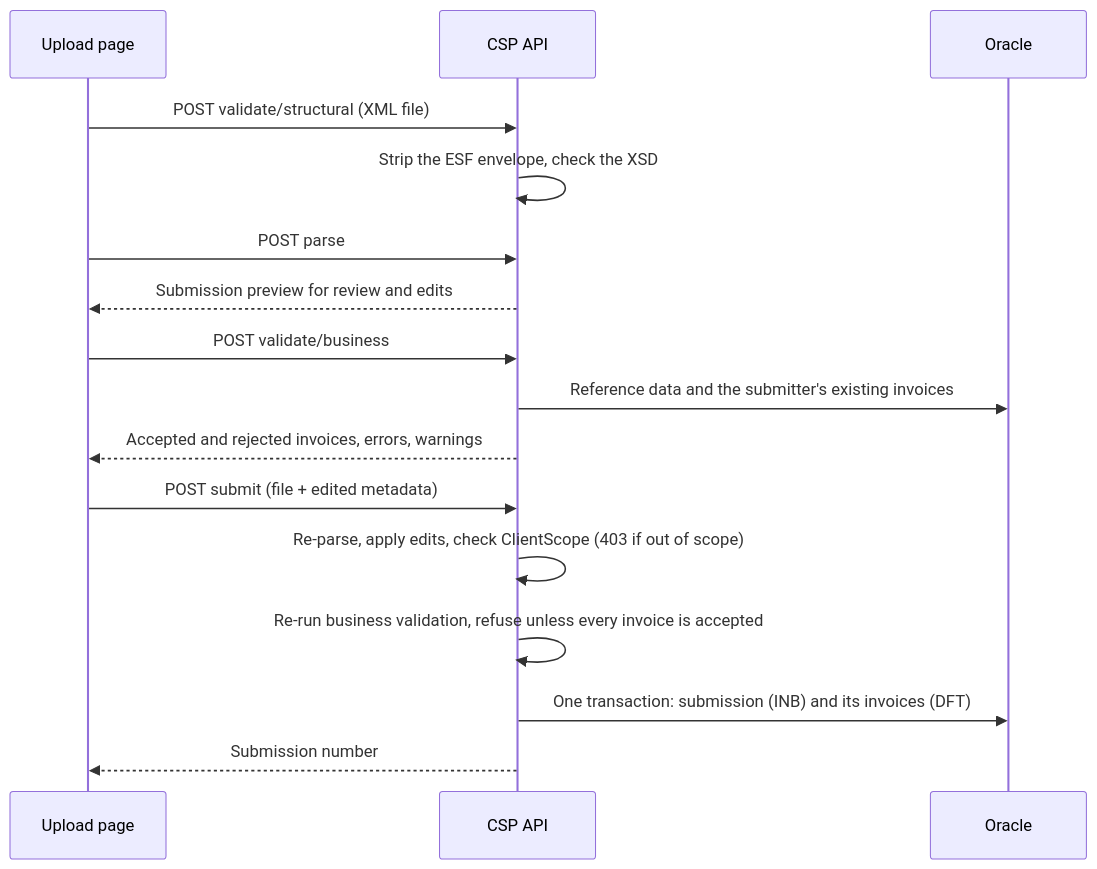
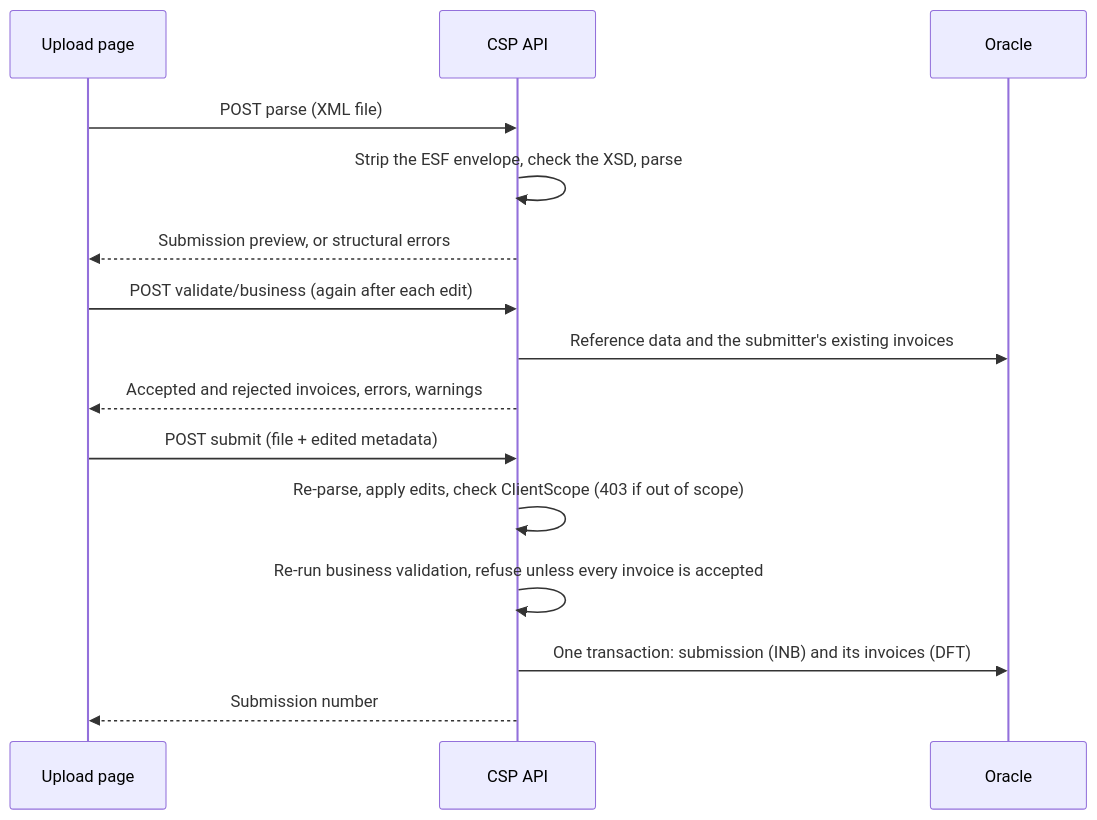
The second of 7 diagrams in ARCHITECTURE.md (bcgov/nr-csp), drawn with Mermaid before and after one commit. The commit also changed other lines of this file, not shown here.

Commit message:
docs: correct upload, submission status and logout diagrams

````diff
--- a/ARCHITECTURE.md
+++ b/ARCHITECTURE.md
@@ -222,18 +224,17 @@
 ```mermaid
 sequenceDiagram
     participant U as Upload page
     participant B as CSP API
     participant O as Oracle
-    U->>B: POST validate/structural (XML file)
-    B->>B: Strip the ESF envelope, check the XSD
-    U->>B: POST parse
-    B-->>U: Submission preview for review and edits
-    U->>B: POST validate/business
+    U->>B: POST parse (XML file)
+    B->>B: Strip the ESF envelope, check the XSD, parse
+    B-->>U: Submission preview, or structural errors
+    U->>B: POST validate/business (again after each edit)
     B->>O: Reference data and the submitter's existing invoices
     B-->>U: Accepted and rejected invoices, errors, warnings
     U->>B: POST submit (file + edited metadata)
     B->>B: Re-parse, apply edits, check ClientScope (403 if out of scope)
     B->>B: Re-run business validation, refuse unless every invoice is accepted
     B->>O: One transaction: submission (INB) and its invoices (DFT)
     B-->>U: Submission number
 ```
````
